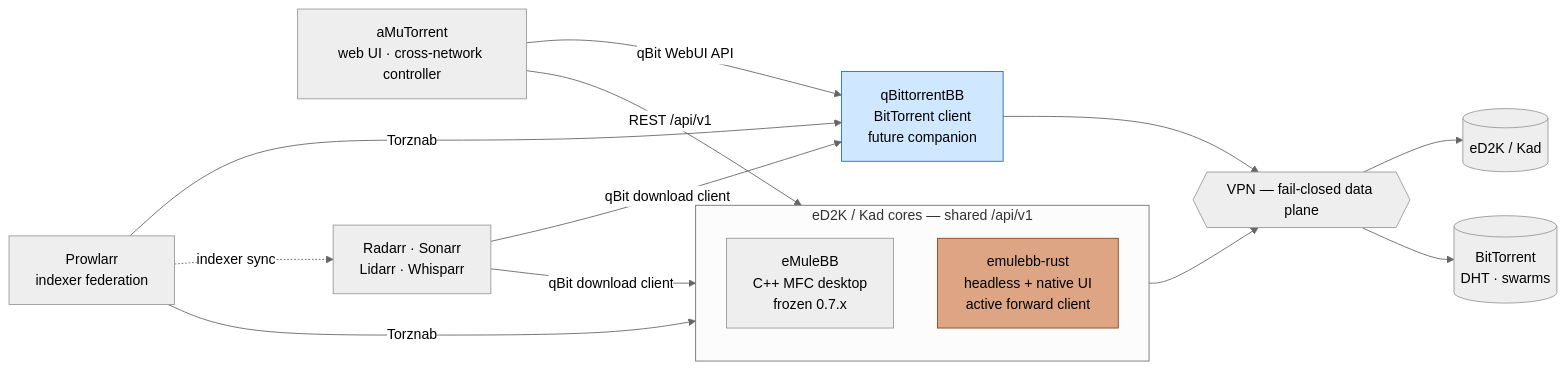
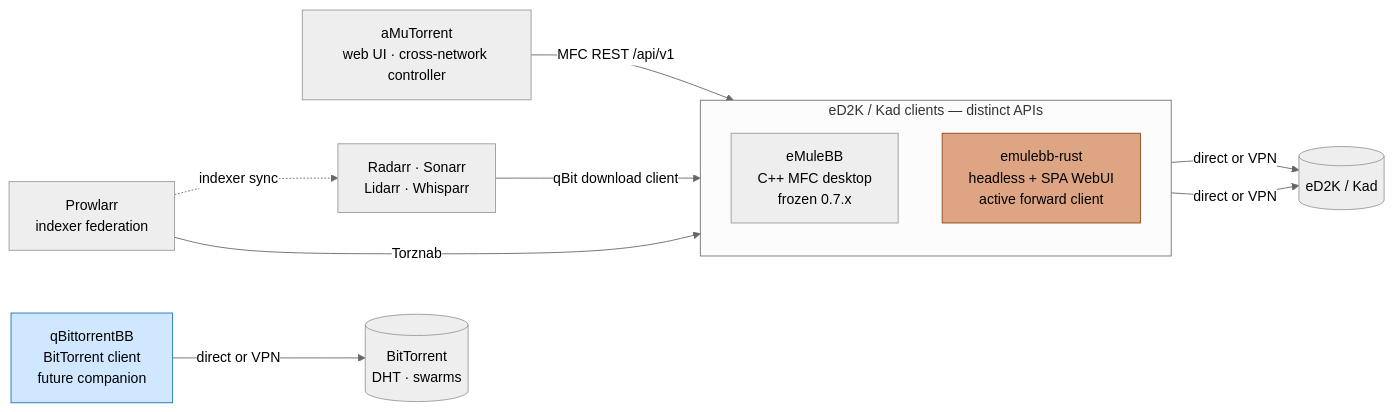
One commit to emulebb/.github changed the diagram in profile/README.md. Above: the diagram before and after it, drawn with Mermaid (neutral theme). The commit also changed other lines of this file, not shown here.

Commit message:
docs: align public profile with Rust SPA and route choices

````diff
--- a/profile/README.md
+++ b/profile/README.md
@@ -81,34 +82,28 @@
 ```mermaid
 flowchart LR
     Amu["aMuTorrent<br/>web UI · cross-network controller"]
     Prowlarr["Prowlarr<br/>indexer federation"]
     Arr["Radarr · Sonarr<br/>Lidarr · Whisparr"]
 
-    subgraph Cores["eD2K / Kad cores — shared /api/v1"]
+    subgraph Cores["eD2K / Kad clients — distinct APIs"]
         direction TB
         Cpp["eMuleBB<br/>C++ MFC desktop<br/>frozen 0.7.x"]
-        Rust["emulebb-rust<br/>headless + native UI<br/>active forward client"]
+        Rust["emulebb-rust<br/>headless + SPA WebUI<br/>active forward client"]
     end
 
     Qbbb["qBittorrentBB<br/>BitTorrent client<br/>future companion"]
 
     Ed2k[("eD2K / Kad")]
     Bt[("BitTorrent<br/>DHT · swarms")]
-    Vpn{{"VPN — fail-closed data plane"}}
-
-    Amu -->|"REST /api/v1"| Cores
-    Amu -->|"qBit WebUI API"| Qbbb
-    Arr -->|"qBit download client"| Cores
-    Arr -->|"qBit download client"| Qbbb
-    Prowlarr -->|"Torznab"| Cores
-    Prowlarr -->|"Torznab"| Qbbb
+    Amu -->|"MFC REST /api/v1"| Cpp
+    Arr -->|"qBit download client"| Cpp
+    Prowlarr -->|"Torznab"| Cpp
     Prowlarr -. indexer sync .-> Arr
 
-    Cores --> Vpn
-    Qbbb --> Vpn
-    Vpn --> Ed2k
-    Vpn --> Bt
+    Cpp -->|"direct or VPN"| Ed2k
+    Rust -->|"direct or VPN"| Ed2k
+    Qbbb -->|"direct or VPN"| Bt
 
     style Rust fill:#dea584,stroke:#8b4513
     style Qbbb fill:#cfe8ff,stroke:#1c6fb4
 ```
````
